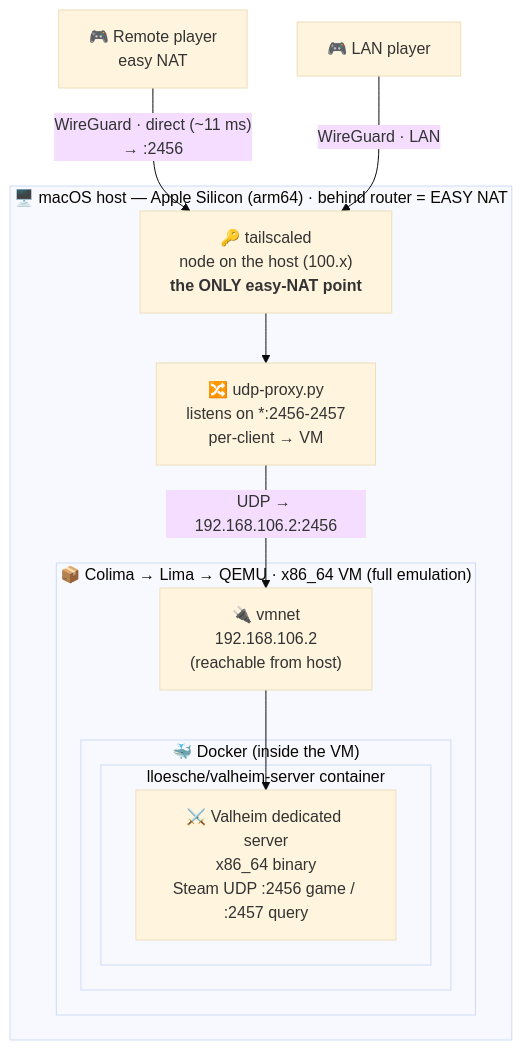
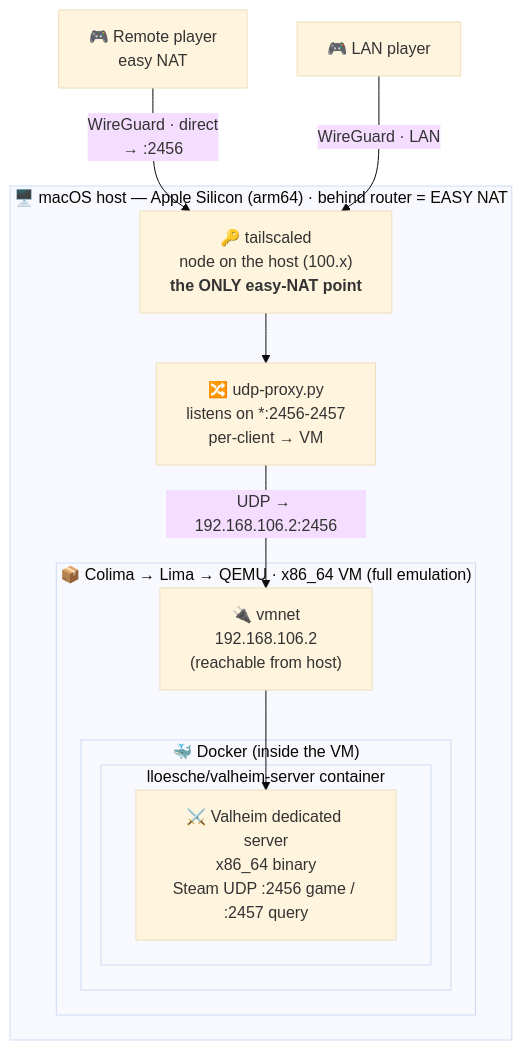
The first of 2 diagrams in ARCHITECTURE.md (z00rd/valheim-apple-silicon), drawn with Mermaid (base theme) before and after one commit. The commit also changed other lines of this file and 7 other files, not shown here.

First line of the commit message:
review fixes: bridge self-heal, proxy robustness, dedup into lib.sh; drop 11ms from diagram

````diff
--- a/ARCHITECTURE.md
+++ b/ARCHITECTURE.md
@@ -15,25 +15,25 @@
 ```mermaid
 flowchart TB
     J["🎮 Remote player<br/>easy NAT"]
     L["🎮 LAN player"]
 
     subgraph MAC["🖥️ macOS host — Apple Silicon (arm64) · behind router = EASY NAT"]
         TS["🔑 tailscaled<br/>node on the host (100.x)<br/><b>the ONLY easy-NAT point</b>"]
         PROXY["🔀 udp-proxy.py<br/>listens on *:2456-2457<br/>per-client → VM"]
 
         subgraph VM["📦 Colima → Lima → QEMU · x86_64 VM (full emulation)"]
             VMNET["🔌 vmnet<br/>192.168.106.2<br/>(reachable from host)"]
             subgraph DOCK["🐳 Docker (inside the VM)"]
                 subgraph CONT["lloesche/valheim-server container"]
                     VH["⚔️ Valheim dedicated server<br/>x86_64 binary<br/>Steam UDP :2456 game / :2457 query"]
                 end
             end
         end
     end
 
-    J -- "WireGuard · direct (~11 ms)<br/>→ :2456" --> TS
+    J -- "WireGuard · direct<br/>→ :2456" --> TS
     L -- "WireGuard · LAN" --> TS
     TS --> PROXY
     PROXY -- "UDP → 192.168.106.2:2456" --> VMNET
     VMNET --> VH
 ```
````
